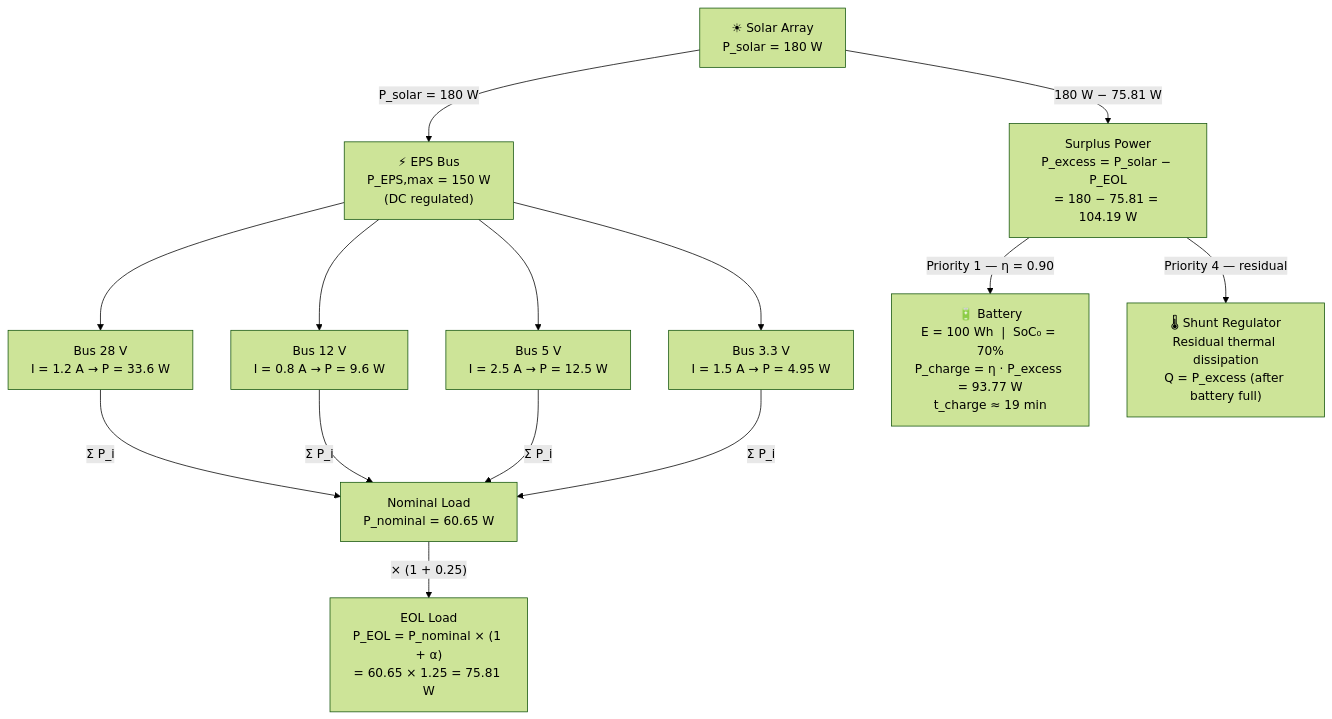
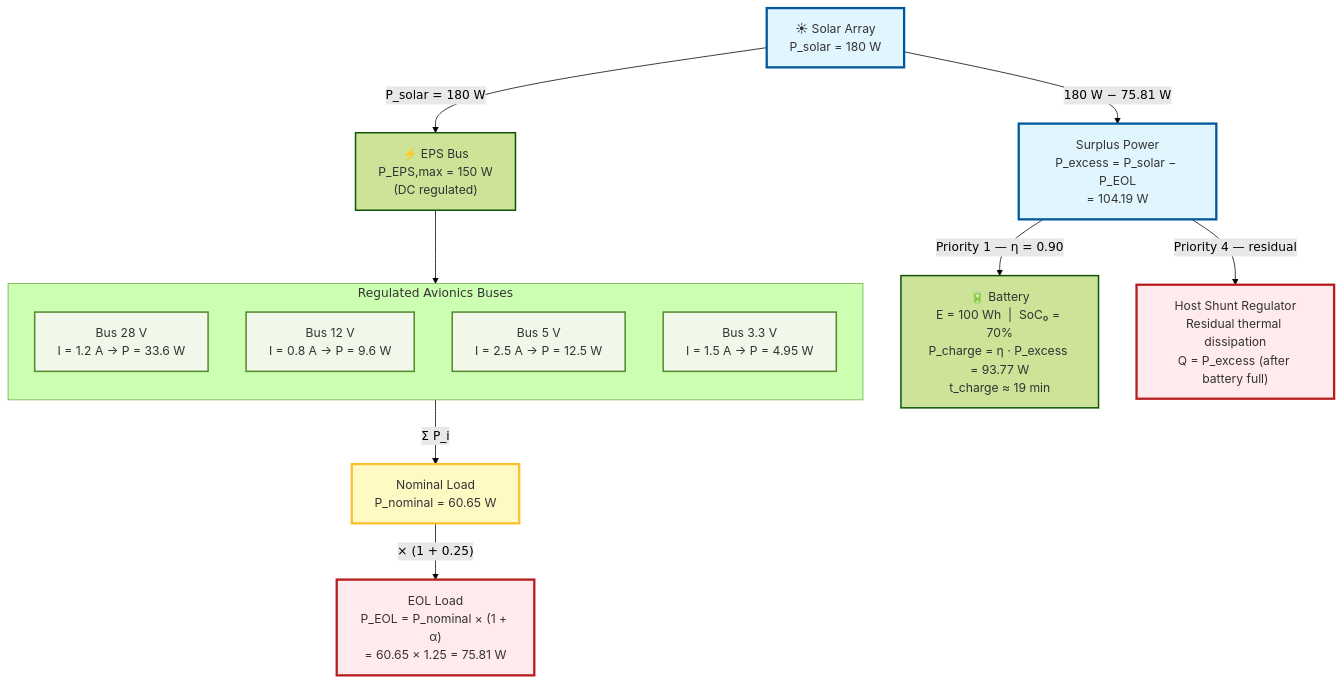
The first of 8 diagrams in README.md (chetan0021/spacecraft-eps-power-budget), drawn with Mermaid (forest theme) before and after one commit. The commit also changed other lines of this file, not shown here.

Commit message:
docs: improve diagram readability and add spacecraft architecture outline

````diff
--- a/README.md
+++ b/README.md
@@ -54,31 +54,38 @@
 ```mermaid
 flowchart TD
-    SA["☀ Solar Array\nP_solar = 180 W"]
+    %% Styling
+    classDef default font-family:Inter,font-size:16px,color:#333,stroke-width:2px;
+    classDef bus fill:#fff9c4,stroke:#fbc02d,stroke-width:3px;
+    classDef source fill:#e1f5fe,stroke:#01579b,stroke-width:3px;
+    classDef load fill:#f1f8e9,stroke:#558b2f,stroke-width:2px;
+    classDef critical fill:#ffebee,stroke:#b71c1c,stroke-width:3px;
 
-    EPS["⚡ EPS Bus\nP_EPS,max = 150 W\n(DC regulated)"]
+    SA["☀ Solar Array\nP_solar = 180 W"]:::source
 
-    B28["Bus 28 V\nI = 1.2 A  →  P = 33.6 W"]
-    B12["Bus 12 V\nI = 0.8 A  →  P = 9.6 W"]
-    B5["Bus 5 V\nI = 2.5 A  →  P = 12.5 W"]
-    B3["Bus 3.3 V\nI = 1.5 A  →  P = 4.95 W"]
+    EPS["⚡ EPS Bus\nP_EPS,max = 150 W\n(DC regulated)"]:::highlight
 
-    PNOM["Nominal Load\nP_nominal = 60.65 W"]
-    PEOL["EOL Load\nP_EOL = P_nominal × (1 + α)\n= 60.65 × 1.25 = 75.81 W"]
+    subgraph RegulatedBuses [Regulated Avionics Buses]
+        direction TB
+        B28["Bus 28 V\nI = 1.2 A  →  P = 33.6 W"]:::load
+        B12["Bus 12 V\nI = 0.8 A  →  P = 9.6 W"]:::load
+        B5["Bus 5 V\nI = 2.5 A  →  P = 12.5 W"]:::load
+        B3["Bus 3.3 V\nI = 1.5 A  →  P = 4.95 W"]:::load
+    end
 
-    PEXC["Surplus Power\nP_excess = P_solar − P_EOL\n= 180 − 75.81 = 104.19 W"]
+    PNOM["Nominal Load\nP_nominal = 60.65 W"]:::bus
+    PEOL["EOL Load\nP_EOL = P_nominal × (1 + α)\n= 60.65 × 1.25 = 75.81 W"]:::critical
 
-    BAT["🔋 Battery\nE = 100 Wh  |  SoC₀ = 70%\nP_charge = η · P_excess = 93.77 W\nt_charge ≈ 19 min"]
+    PEXC["Surplus Power\nP_excess = P_solar − P_EOL\n= 104.19 W"]:::source
 
-    SHT["🌡 Shunt Regulator\nResidual thermal dissipation\nQ = P_excess (after battery full)"]
+    BAT["🔋 Battery\nE = 100 Wh  |  SoC₀ = 70%\nP_charge = η · P_excess = 93.77 W\nt_charge ≈ 19 min"]:::highlight
+
+    SHT["Host Shunt Regulator\nResidual thermal dissipation\nQ = P_excess (after battery full)"]:::critical
 
     SA -->|"P_solar = 180 W"| EPS
-    EPS --> B28
-    EPS --> B12
-    EPS --> B5
-    EPS --> B3
-    B28 & B12 & B5 & B3 -->|"Σ P_i"| PNOM
+    EPS --> RegulatedBuses
+    RegulatedBuses -->|"Σ P_i"| PNOM
     PNOM -->|"× (1 + 0.25)"| PEOL
     SA -->|"180 W − 75.81 W"| PEXC
     PEXC -->|"Priority 1 — η = 0.90"| BAT
     PEXC -->|"Priority 4 — residual"| SHT
 ```
````
